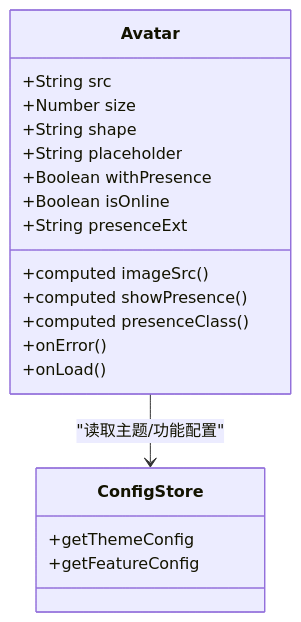
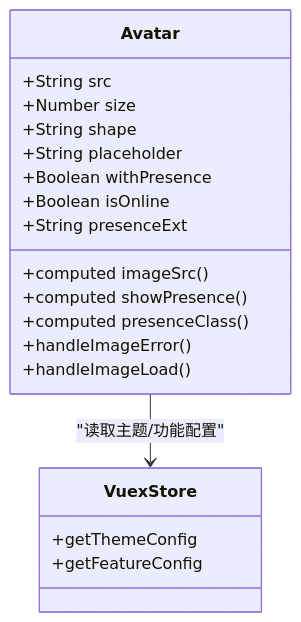
The fifth of 7 diagrams in .qoder/repowiki/zh/content/聊天模块/聊天导航组件.md (Easemob-Community/easemob-uikit-uniapp-community), drawn with Mermaid before and after one commit. The commit also changed other lines of this file and 11 other files, not shown here.

````diff
--- a/.qoder/repowiki/zh/content/聊天模块/聊天导航组件.md
+++ b/.qoder/repowiki/zh/content/聊天模块/聊天导航组件.md
@@ -269,22 +275,22 @@
 ```mermaid
 classDiagram
 class Avatar {
 +String src
 +Number size
 +String shape
 +String placeholder
 +Boolean withPresence
 +Boolean isOnline
 +String presenceExt
 +computed imageSrc()
 +computed showPresence()
 +computed presenceClass()
-+onError()
-+onLoad()
++handleImageError()
++handleImageLoad()
 }
-class ConfigStore {
+class VuexStore {
 +getThemeConfig
 +getFeatureConfig
 }
-Avatar --> ConfigStore : "读取主题/功能配置"
+Avatar --> VuexStore : "读取主题/功能配置"
 ```
````
